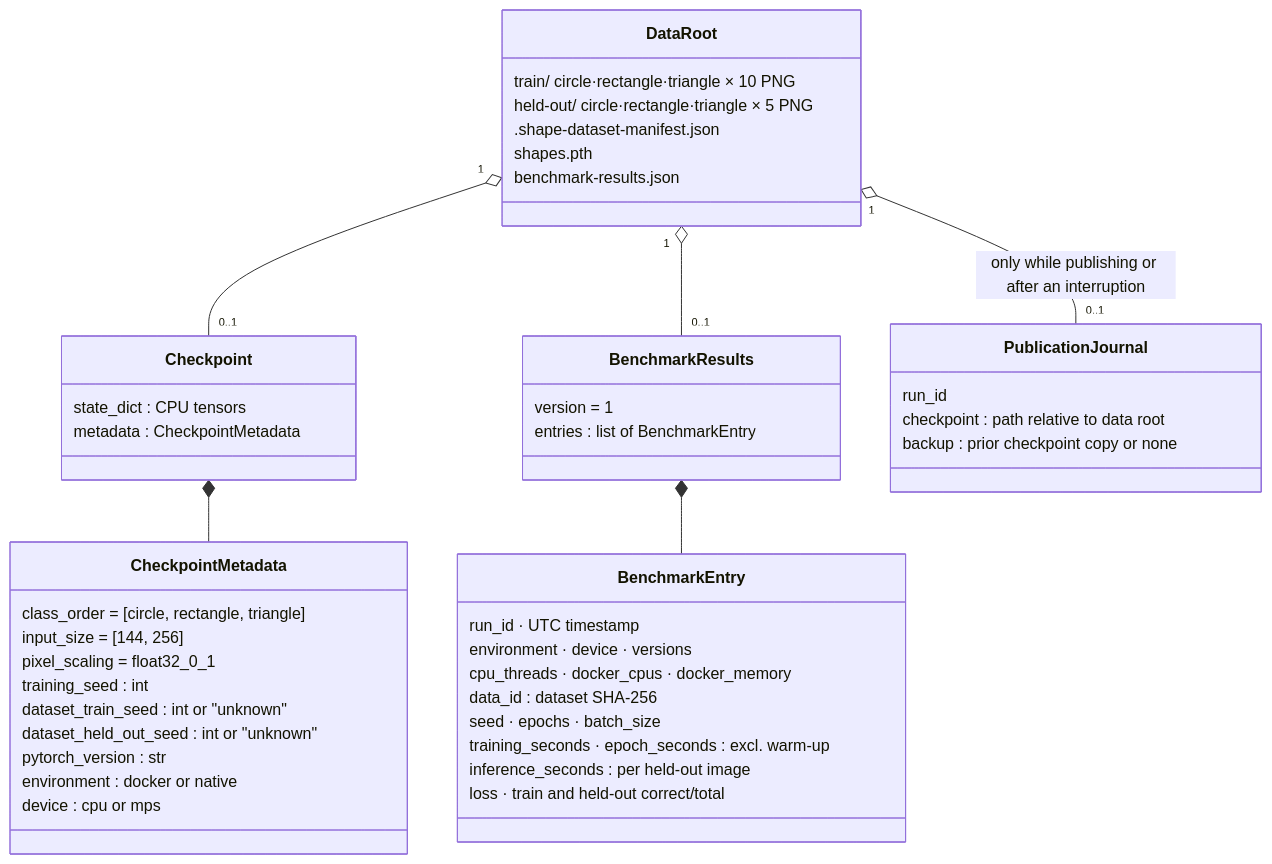
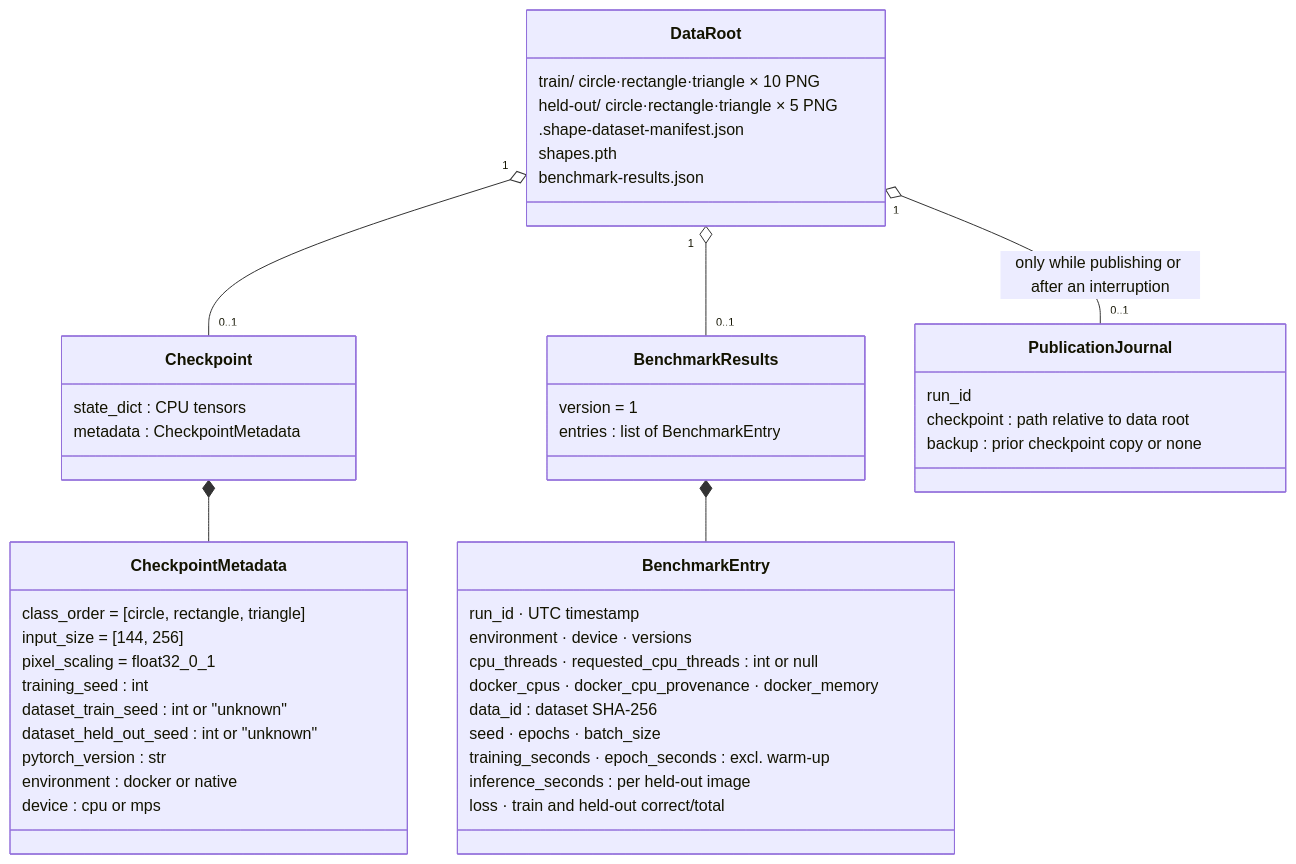
One commit to nal/ML changed diagram 12 of 15 in CNN/image_classification/docs/hld/hld.md. Above: the diagram before and after it, drawn with Mermaid. The commit also changed other lines of this file and 1 other file, not shown here.

````diff
--- a/CNN/image_classification/docs/hld/hld.md
+++ b/CNN/image_classification/docs/hld/hld.md
@@ -297,49 +334,50 @@
 ```mermaid
 classDiagram
   class DataRoot {
     train/ circle·rectangle·triangle × 10 PNG
     held-out/ circle·rectangle·triangle × 5 PNG
     .shape-dataset-manifest.json
     shapes.pth
     benchmark-results.json
   }
   class Checkpoint {
     state_dict : CPU tensors
     metadata : CheckpointMetadata
   }
   class CheckpointMetadata {
     class_order = [circle, rectangle, triangle]
     input_size = [144, 256]
     pixel_scaling = float32_0_1
     training_seed : int
     dataset_train_seed : int or "unknown"
     dataset_held_out_seed : int or "unknown"
     pytorch_version : str
     environment : docker or native
     device : cpu or mps
   }
   class BenchmarkResults {
     version = 1
     entries : list of BenchmarkEntry
   }
   class BenchmarkEntry {
     run_id · UTC timestamp
     environment · device · versions
-    cpu_threads · docker_cpus · docker_memory
+    cpu_threads · requested_cpu_threads : int or null
+    docker_cpus · docker_cpu_provenance · docker_memory
     data_id : dataset SHA-256
     seed · epochs · batch_size
     training_seconds · epoch_seconds : excl. warm-up
     inference_seconds : per held-out image
     loss · train and held-out correct/total
   }
   class PublicationJournal {
     run_id
     checkpoint : path relative to data root
     backup : prior checkpoint copy or none
   }
   DataRoot "1" o-- "0..1" Checkpoint
   DataRoot "1" o-- "0..1" BenchmarkResults
   DataRoot "1" o-- "0..1" PublicationJournal : only while publishing or after an interruption
   Checkpoint *-- CheckpointMetadata
   BenchmarkResults *-- BenchmarkEntry
 ```
````
